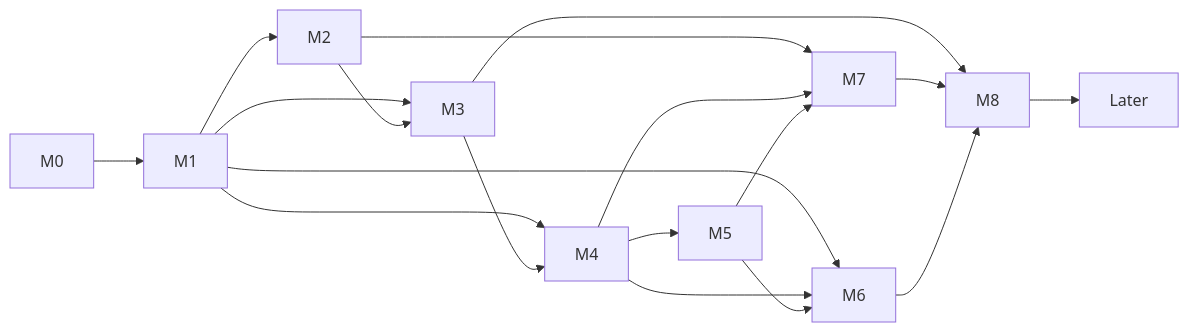
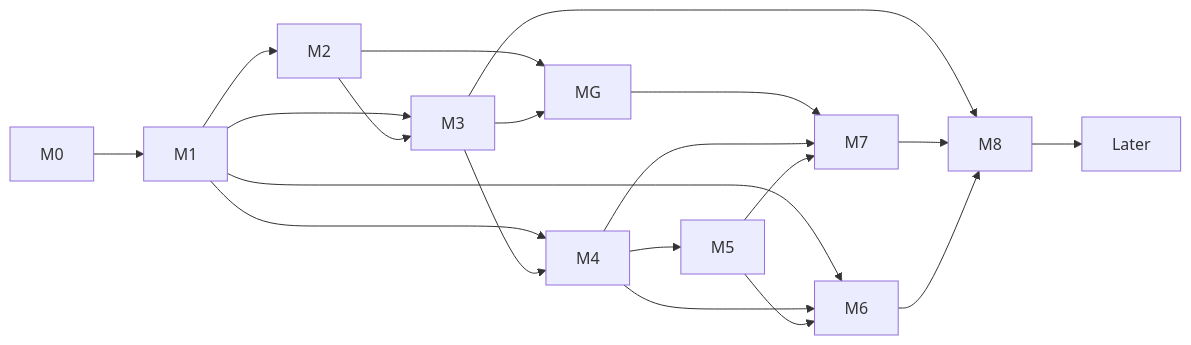
One commit to mpenn114/snails changed the diagram in docs/tasks.md. Above: the diagram before and after it, drawn with Mermaid. The commit also changed other lines of this file and 6 other files, not shown here.

First line of the commit message:
docs: add MG art direction and graphics milestone between M3 and M4

````diff
--- a/docs/tasks.md
+++ b/docs/tasks.md
@@ -262,20 +287,22 @@
 ```mermaid
 flowchart LR
   M0 --> M1
   M1 --> M2
   M1 --> M3
   M2 --> M3
+  M2 --> MG
+  M3 --> MG
   M1 --> M4
   M3 --> M4
   M4 --> M5
   M1 --> M6
   M4 --> M6
   M5 --> M6
-  M2 --> M7
+  MG --> M7
   M4 --> M7
   M5 --> M7
   M3 --> M8
   M7 --> M8
   M6 --> M8
   M8 --> Later
 ```
````
